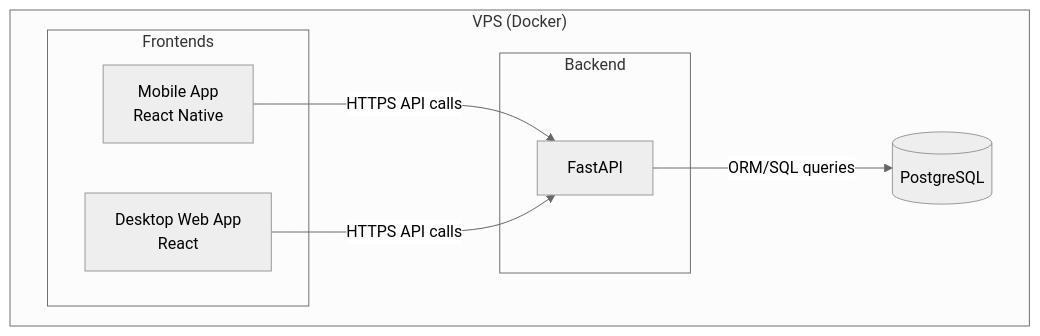
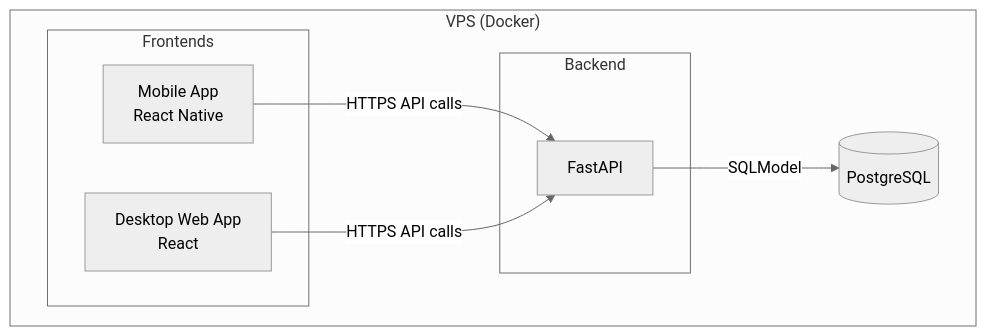
One commit to MatiBukowski/Zastosowania-Informatyki-w-gospodarce- changed the first of 2 diagrams in Documentation/ARCHITECTURE.md. Above: the diagram before and after it, drawn with Mermaid (neutral theme). The commit also changed other lines of this file, not shown here.

Commit message:
Add physical model for database to ARCHITECTURE.md

````diff
--- a/Documentation/ARCHITECTURE.md
+++ b/Documentation/ARCHITECTURE.md
@@ -3,19 +3,19 @@
 ```mermaid
 flowchart TB
   subgraph VPS["VPS (Docker)"]
     subgraph FE["Frontends"]
       M["Mobile App<br/>React Native"]
       W["Desktop Web App<br/>React"]
     end
 
     subgraph BE["Backend"]
       API["FastAPI"]
     end
 
     DB[(PostgreSQL)]
   end
 
   M -->|"HTTPS API calls"| API
   W -->|"HTTPS API calls"| API
-  API -->|"ORM/SQL queries"| DB
+  API -->|"SQLModel"| DB
 ```
````
